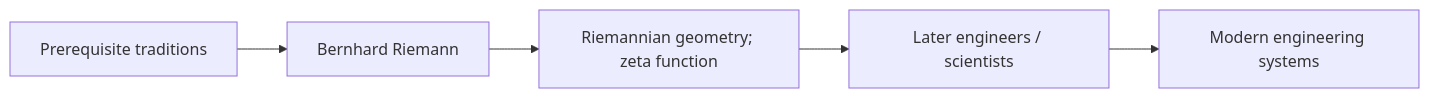
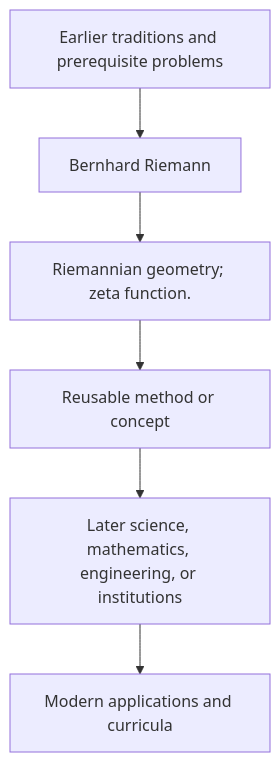
The diagram in docs/history/bernhard-riemann/influence.md (via-decide/ViaLogic), drawn with Mermaid before and after one commit. The commit also changed other lines of this file and 858 other files, not shown here.

````diff
--- a/docs/history/bernhard-riemann/influence.md
+++ b/docs/history/bernhard-riemann/influence.md
@@ -29,7 +16,8 @@
 ```mermaid
-graph LR
-  prerequisites["Prerequisite traditions"] --> current["Bernhard Riemann"]
-  current --> contribution["Riemannian geometry; zeta function"]
-  contribution --> successors["Later engineers / scientists"]
-  successors --> modern["Modern engineering systems"]
+graph TD
+  Prior[Earlier traditions and prerequisite problems] --> Person[Bernhard Riemann]
+  Person --> Contribution[Riemannian geometry; zeta function.]
+  Contribution --> Method[Reusable method or concept]
+  Method --> Later[Later science, mathematics, engineering, or institutions]
+  Later --> Modern[Modern applications and curricula]
 ```
````
